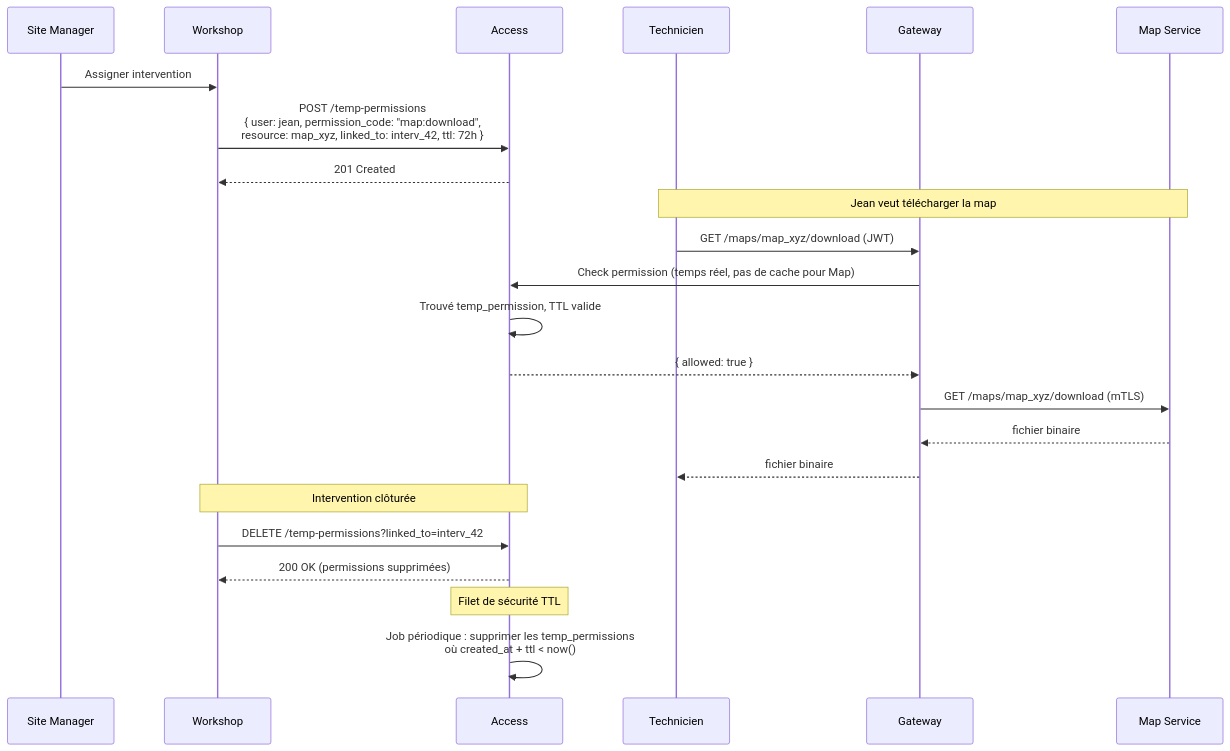
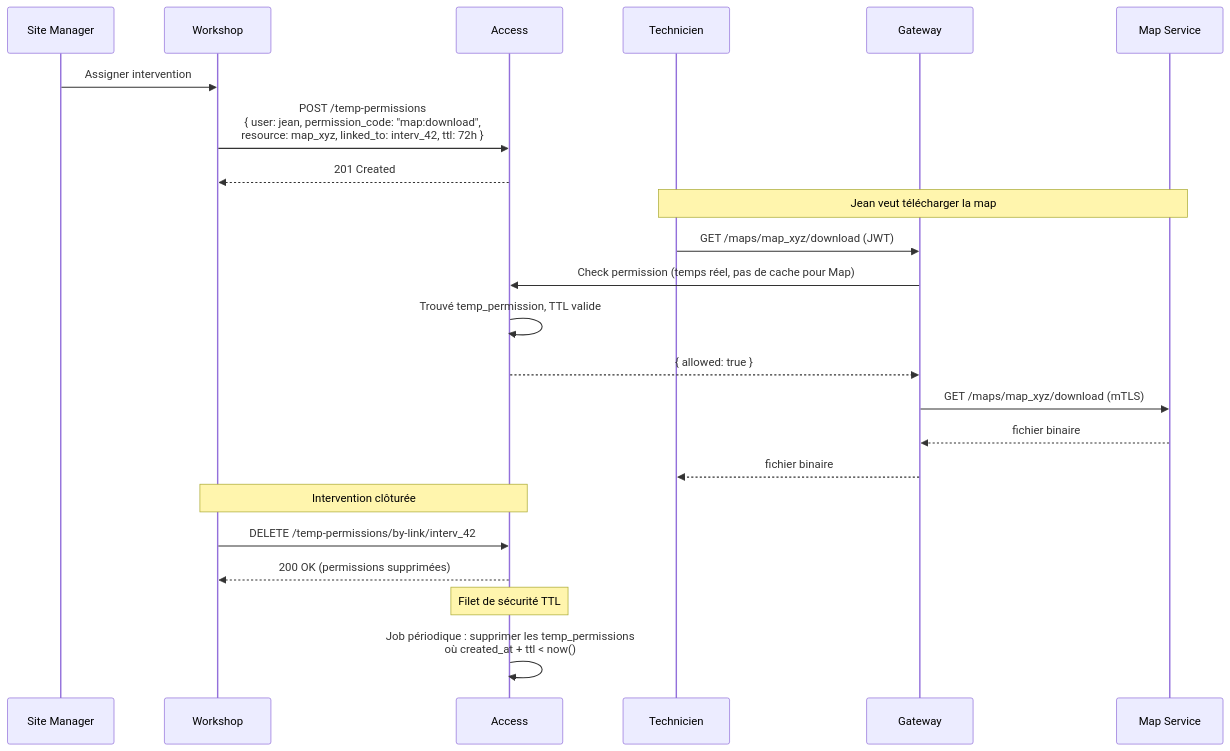
The eighth of 8 diagrams in dynolab/ARCHITECTURE.md (radu-lzr/dynaflow), drawn with Mermaid before and after one commit. The commit also changed other lines of this file and 13 other files, not shown here.

````diff
--- a/dynolab/ARCHITECTURE.md
+++ b/dynolab/ARCHITECTURE.md
@@ -341,31 +333,31 @@
 ```mermaid
 sequenceDiagram
     participant SM as Site Manager
     participant WS as Workshop
     participant AC as Access
     participant TE as Technicien
     participant GW as Gateway
     participant MAP as Map Service
 
     SM->>WS: Assigner intervention #42 à Jean (map: map_xyz)
     WS->>AC: POST /temp-permissions<br/>{ user: jean, permission_code: "map:download",<br/>resource: map_xyz, linked_to: interv_42, ttl: 72h }
     AC-->>WS: 201 Created
 
     Note over TE,MAP: Jean veut télécharger la map
 
     TE->>GW: GET /maps/map_xyz/download (JWT)
     GW->>AC: Check permission (temps réel, pas de cache pour Map)
     AC->>AC: Trouvé temp_permission, TTL valide
     AC-->>GW: { allowed: true }
     GW->>MAP: GET /maps/map_xyz/download (mTLS)
     MAP-->>GW: fichier binaire
     GW-->>TE: fichier binaire
 
     Note over WS,AC: Intervention clôturée
 
-    WS->>AC: DELETE /temp-permissions?linked_to=interv_42
+    WS->>AC: DELETE /temp-permissions/by-link/interv_42
     AC-->>WS: 200 OK (permissions supprimées)
 
     Note over AC: Filet de sécurité TTL
     AC->>AC: Job périodique : supprimer les temp_permissions<br/>où created_at + ttl < now()
 ```
````
